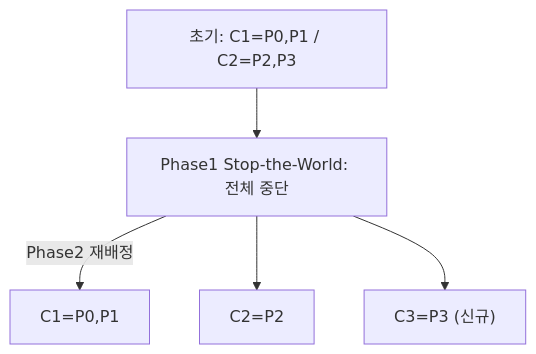
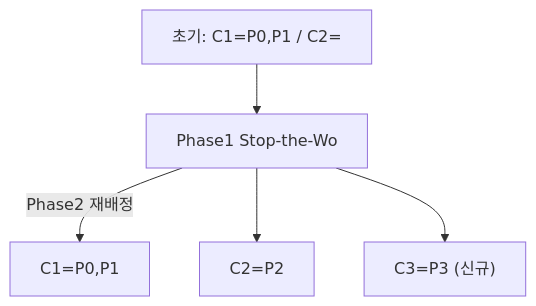
Before and after one commit to yjkim2015/yjkim2015.github.io: the eighth of 21 diagrams in _posts/kafka/2026-05-01-kafka-internals.md, drawn with Mermaid. The commit also changed other lines of this file and 271 other files, not shown here.

First line of the commit message:
Mermaid 라벨 축소: 긴 노드 텍스트 18자 이하로 트림 + \n 제거

````diff
--- a/_posts/kafka/2026-05-01-kafka-internals.md
+++ b/_posts/kafka/2026-05-01-kafka-internals.md
@@ -249,12 +249,12 @@
 ```mermaid
 graph TD
-    A["초기: C1=P0,P1 / C2=P2,P3"]
-    B["Phase1 Stop-the-World: 전체 중단"]
+    A["초기: C1=P0,P1 / C2="]
+    B["Phase1 Stop-the-Wo"]
     C1C["C1=P0,P1"]
     C2C["C2=P2"]
     C3C["C3=P3 (신규)"]
     A --> B
     B -->|"Phase2 재배정"| C1C
     B --> C2C
     B --> C3C
 ```
````
